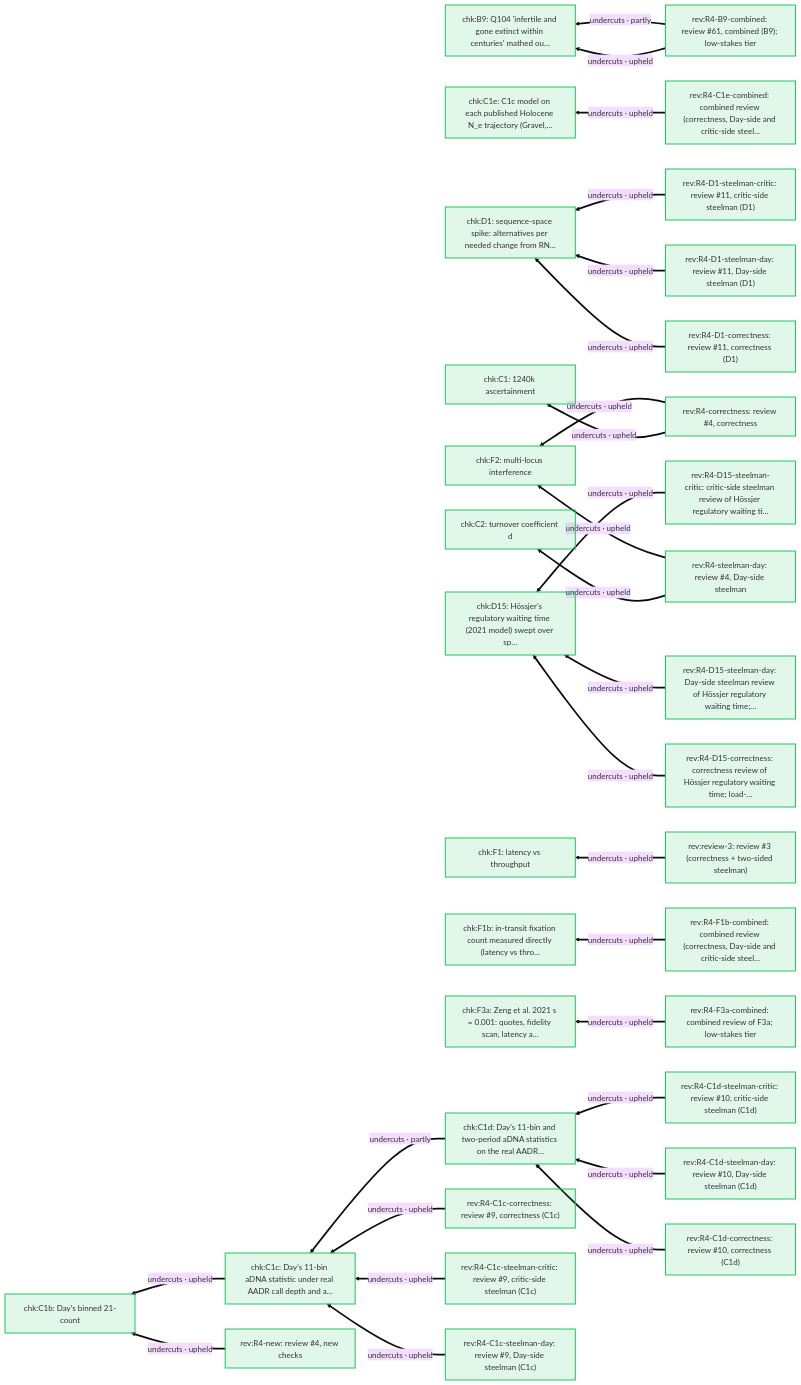
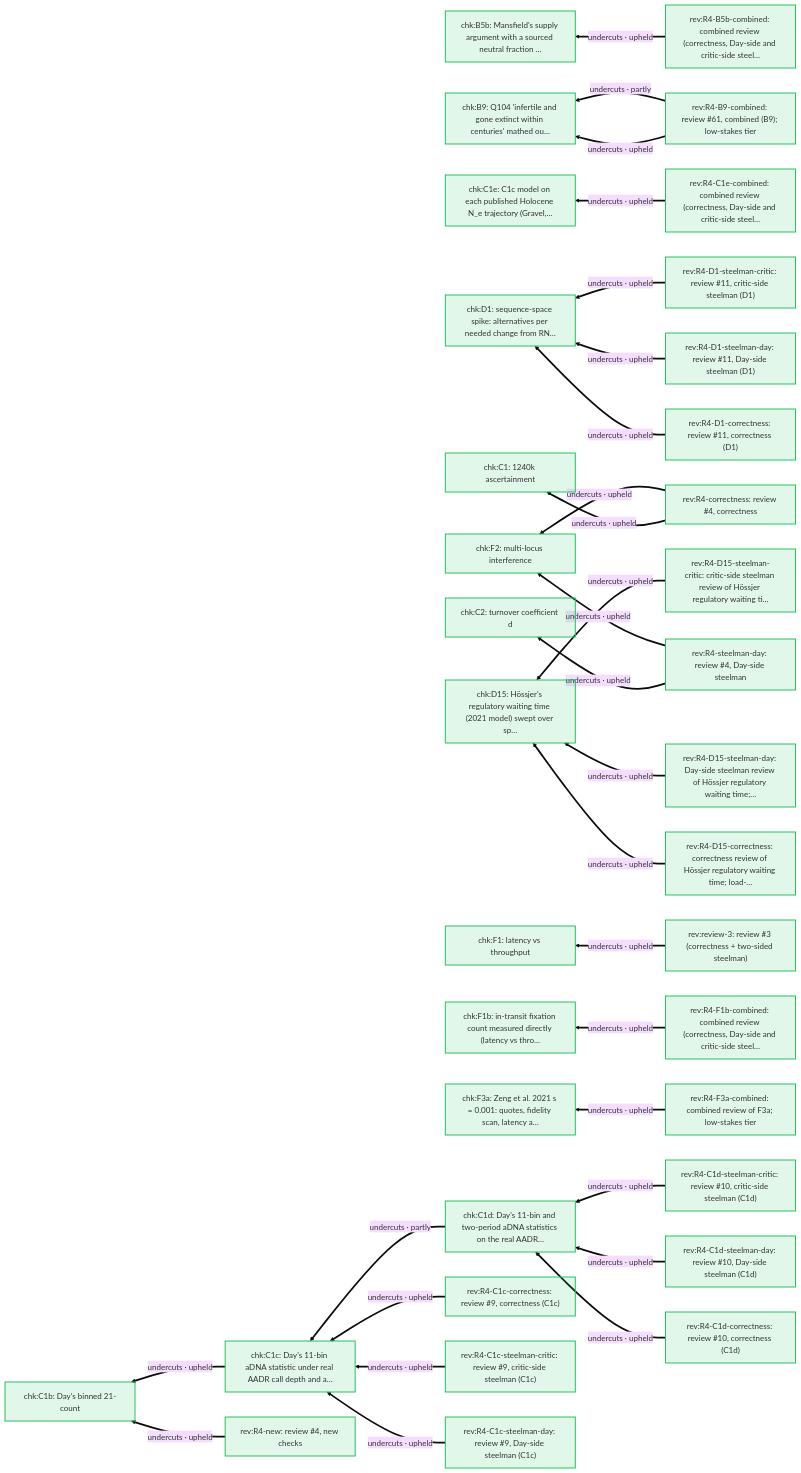
Diagram 20 of 23 in docs/arguments/defeaters.md (nickallevato/evo-sim), drawn with Mermaid (base theme) before and after one commit. The commit also changed other lines of this file and 30 other files, not shown here.

First line of the commit message:
Integrate B2f: review #82, readings on B1e (RD; internal holds, external contested), Q287-Q295, slips S-B2f-1..4, RH-30, versions row, old md5 pinned in citing files, argmap chk:B2f d473-d475

````diff
--- a/docs/arguments/defeaters.md
+++ b/docs/arguments/defeaters.md
@@ -1048,66 +1052,69 @@
 ```mermaid
 flowchart RL
   classDef day fill:#f59e0b22,stroke:#f59e0b,stroke-width:2px
   classDef ally fill:#d9770622,stroke:#d97706,stroke-width:2px
   classDef critic fill:#3b82f622,stroke:#3b82f6,stroke-width:2px
   classDef literature fill:#a3a3a322,stroke:#a3a3a3,stroke-width:2px
   classDef audit fill:#22c55e22,stroke:#22c55e,stroke-width:2px
+  chk_B5b["chk:B5b: Mansfield's supply argument with a sourced neutral fraction …"]:::audit
   chk_B9["chk:B9: Q104 'infertile and gone extinct within centuries' mathed ou…"]:::audit
   chk_C1["chk:C1: 1240k ascertainment"]:::audit
   chk_C1b["chk:C1b: Day's binned 21-count"]:::audit
   chk_C1c["chk:C1c: Day's 11-bin aDNA statistic under real AADR call depth and a…"]:::audit
   chk_C1d["chk:C1d: Day's 11-bin and two-period aDNA statistics on the real AADR…"]:::audit
   chk_C1e["chk:C1e: C1c model on each published Holocene N_e trajectory (Gravel,…"]:::audit
   chk_C2["chk:C2: turnover coefficient d"]:::audit
   chk_D1["chk:D1: sequence-space spike: alternatives per needed change from RN…"]:::audit
   chk_D15["chk:D15: Hössjer's regulatory waiting time (2021 model) swept over sp…"]:::audit
   chk_F1["chk:F1: latency vs throughput"]:::audit
   chk_F1b["chk:F1b: in-transit fixation count measured directly (latency vs thro…"]:::audit
   chk_F2["chk:F2: multi-locus interference"]:::audit
   chk_F3a["chk:F3a: Zeng et al. 2021 s = 0.001: quotes, fidelity scan, latency a…"]:::audit
+  rev_R4_B5b_combined["rev:R4-B5b-combined: combined review (correctness, Day-side and critic-side steel…"]:::audit
   rev_R4_B9_combined["rev:R4-B9-combined: review #61, combined (B9); low-stakes tier"]:::audit
   rev_R4_C1c_correctness["rev:R4-C1c-correctness: review #9, correctness (C1c)"]:::audit
   rev_R4_C1c_steelman_critic["rev:R4-C1c-steelman-critic: review #9, critic-side steelman (C1c)"]:::audit
   rev_R4_C1c_steelman_day["rev:R4-C1c-steelman-day: review #9, Day-side steelman (C1c)"]:::audit
   rev_R4_C1d_correctness["rev:R4-C1d-correctness: review #10, correctness (C1d)"]:::audit
   rev_R4_C1d_steelman_critic["rev:R4-C1d-steelman-critic: review #10, critic-side steelman (C1d)"]:::audit
   rev_R4_C1d_steelman_day["rev:R4-C1d-steelman-day: review #10, Day-side steelman (C1d)"]:::audit
   rev_R4_C1e_combined["rev:R4-C1e-combined: combined review (correctness, Day-side and critic-side steel…"]:::audit
   rev_R4_D1_correctness["rev:R4-D1-correctness: review #11, correctness (D1)"]:::audit
   rev_R4_D1_steelman_critic["rev:R4-D1-steelman-critic: review #11, critic-side steelman (D1)"]:::audit
   rev_R4_D1_steelman_day["rev:R4-D1-steelman-day: review #11, Day-side steelman (D1)"]:::audit
   rev_R4_D15_correctness["rev:R4-D15-correctness: correctness review of Hössjer regulatory waiting time; load-…"]:::audit
   rev_R4_D15_steelman_critic["rev:R4-D15-steelman-critic: critic-side steelman review of Hössjer regulatory waiting ti…"]:::audit
   rev_R4_D15_steelman_day["rev:R4-D15-steelman-day: Day-side steelman review of Hössjer regulatory waiting time;…"]:::audit
   rev_R4_F1b_combined["rev:R4-F1b-combined: combined review (correctness, Day-side and critic-side steel…"]:::audit
   rev_R4_F3a_combined["rev:R4-F3a-combined: combined review of F3a; low-stakes tier"]:::audit
   rev_R4_correctness["rev:R4-correctness: review #4, correctness"]:::audit
   rev_R4_new["rev:R4-new: review #4, new checks"]:::audit
   rev_R4_steelman_day["rev:R4-steelman-day: review #4, Day-side steelman"]:::audit
   rev_review_3["rev:review-3: review #3 (correctness + two-sided steelman)"]:::audit
+  rev_R4_B5b_combined ==>|"undercuts · upheld"| chk_B5b
   rev_R4_B9_combined ==>|"undercuts · upheld"| chk_B9
   rev_R4_B9_combined ==>|"undercuts · partly"| chk_B9
   rev_R4_correctness ==>|"undercuts · upheld"| chk_C1
   rev_R4_new ==>|"undercuts · upheld"| chk_C1b
   chk_C1c ==>|"undercuts · upheld"| chk_C1b
   chk_C1d ==>|"undercuts · partly"| chk_C1c
   rev_R4_C1c_correctness ==>|"undercuts · upheld"| chk_C1c
   rev_R4_C1c_steelman_day ==>|"undercuts · upheld"| chk_C1c
   rev_R4_C1c_steelman_critic ==>|"undercuts · upheld"| chk_C1c
   rev_R4_C1d_correctness ==>|"undercuts · upheld"| chk_C1d
   rev_R4_C1d_steelman_day ==>|"undercuts · upheld"| chk_C1d
   rev_R4_C1d_steelman_critic ==>|"undercuts · upheld"| chk_C1d
   rev_R4_C1e_combined ==>|"undercuts · upheld"| chk_C1e
   rev_R4_steelman_day ==>|"undercuts · upheld"| chk_C2
   rev_R4_D1_correctness ==>|"undercuts · upheld"| chk_D1
   rev_R4_D1_steelman_day ==>|"undercuts · upheld"| chk_D1
   rev_R4_D1_steelman_critic ==>|"undercuts · upheld"| chk_D1
   rev_R4_D15_correctness ==>|"undercuts · upheld"| chk_D15
   rev_R4_D15_steelman_day ==>|"undercuts · upheld"| chk_D15
   rev_R4_D15_steelman_critic ==>|"undercuts · upheld"| chk_D15
   rev_review_3 ==>|"undercuts · upheld"| chk_F1
   rev_R4_F1b_combined ==>|"undercuts · upheld"| chk_F1b
   rev_R4_correctness ==>|"undercuts · upheld"| chk_F2
   rev_R4_steelman_day ==>|"undercuts · upheld"| chk_F2
   rev_R4_F3a_combined ==>|"undercuts · upheld"| chk_F3a
 ```
````
